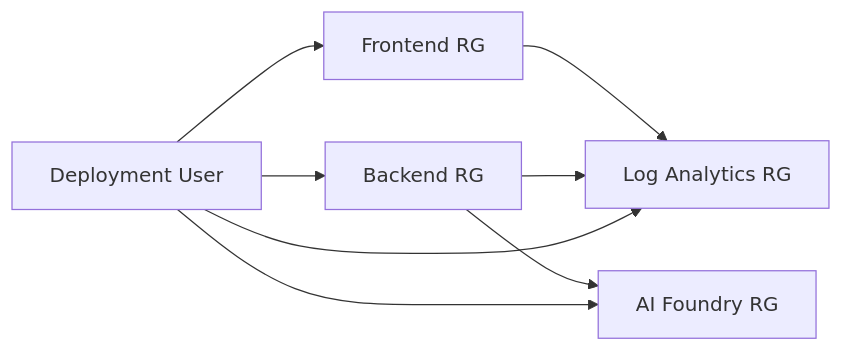
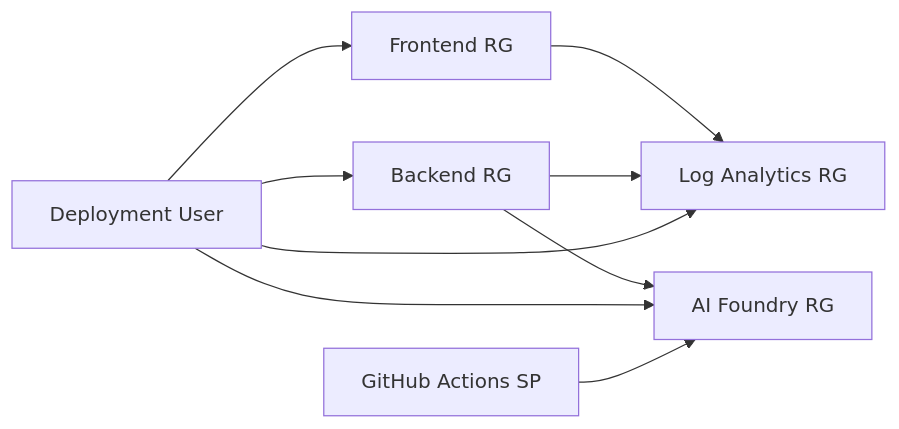
Before and after one commit to JFolberth/ai-in-a-box: the diagram in documentation/ACCESS_REQUIREMENTS.md, drawn with Mermaid. The commit also changed other lines of this file, not shown here.

Commit message:
Update RBAC documentation to reflect GitHub Actions agent deployment architecture

````diff
--- a/documentation/ACCESS_REQUIREMENTS.md
+++ b/documentation/ACCESS_REQUIREMENTS.md
@@ -174,10 +187,11 @@
 ```mermaid
 graph LR
     A[Frontend RG] --> D[Log Analytics RG]
     B[Backend RG] --> C[AI Foundry RG]
     B --> D
     E[Deployment User] --> A
     E --> B
     E --> C
     E --> D
+    F[GitHub Actions SP] --> C
 ```
````
